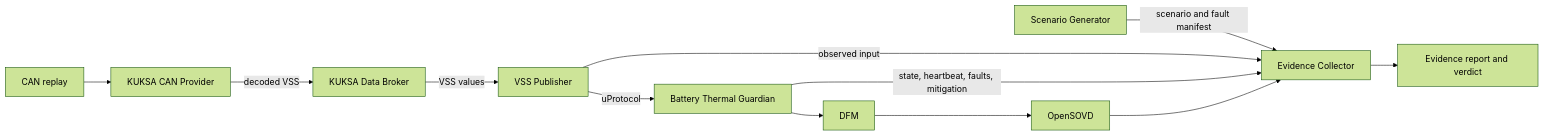
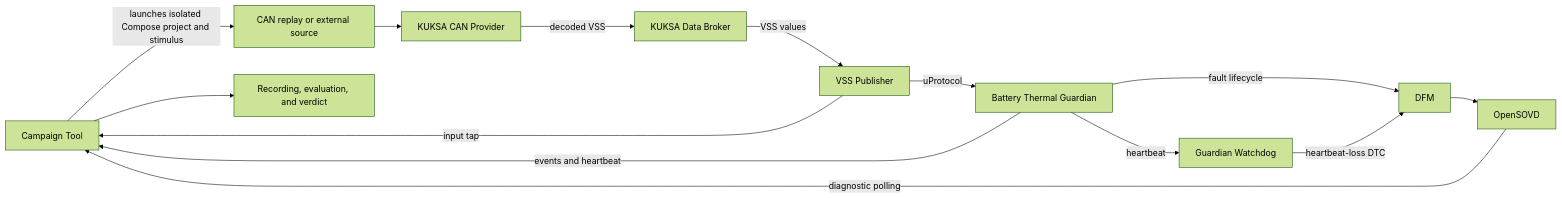
The diagram in docs/reference/architecture.md (Eclipse-SDV-Hackathon-Chapter-Four/ota-outlaws), drawn with Mermaid (forest theme) before and after one commit. The commit also changed other lines of this file, not shown here.

Commit message:
Architecture Description update

````diff
--- a/docs/reference/architecture.md
+++ b/docs/reference/architecture.md
@@ -164,14 +165,16 @@
 ```mermaid
 flowchart LR
-    SG[Scenario Generator] -->|scenario and fault manifest| COL[Evidence Collector]
-    ASC[CAN replay] --> CAN[KUKSA CAN Provider]
+  CAM[Campaign Tool] -->|launches isolated Compose project and stimulus| SRC[CAN replay or external source]
+  SRC --> CAN[KUKSA CAN Provider]
     CAN -->|decoded VSS| DB[KUKSA Data Broker]
     DB -->|VSS values| PUB[VSS Publisher]
     PUB -->|uProtocol| GUARD[Battery Thermal Guardian]
-    PUB -->|observed input| COL
-    GUARD -->|state, heartbeat, faults, mitigation| COL
-    GUARD --> DFM[DFM]
+  PUB -->|input tap| CAM
+  GUARD -->|events and heartbeat| CAM
+  GUARD -->|fault lifecycle| DFM[DFM]
+  GUARD -->|heartbeat| WD[Guardian Watchdog]
+  WD -->|heartbeat-loss DTC| DFM
     DFM --> SOVD[OpenSOVD]
-    SOVD --> COL
-    COL --> REPORT[Evidence report and verdict]
+  SOVD -->|diagnostic polling| CAM
+  CAM --> REPORT[Recording, evaluation, and verdict]
 ```
````
